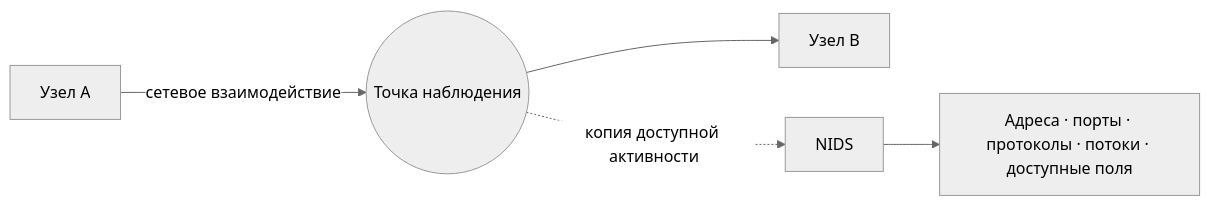
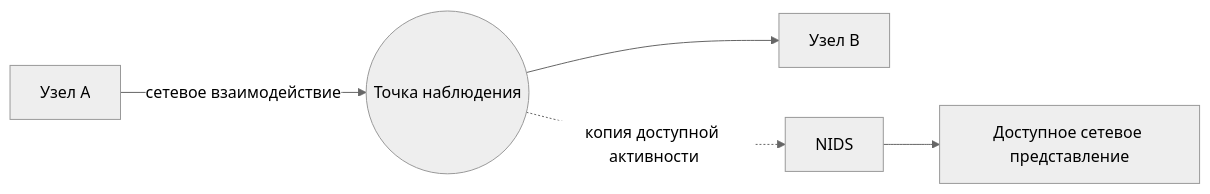
Before and after one commit to 11ndra/spvo: the first of 3 diagrams in docs/course/02-classification.md, drawn with Mermaid (neutral theme). The commit also changed other lines of this file, not shown here.

````diff
--- a/docs/course/02-classification.md
+++ b/docs/course/02-classification.md
@@ -77,6 +119,6 @@
 ```mermaid
 flowchart LR
     A[Узел A] -->|сетевое взаимодействие| P((Точка наблюдения)) --> B[Узел B]
     P -.->|копия доступной активности| N[NIDS]
-    N --> X[Адреса · порты · протоколы · потоки · доступные поля]
+    N --> X[Доступное сетевое представление]
 ```
````
